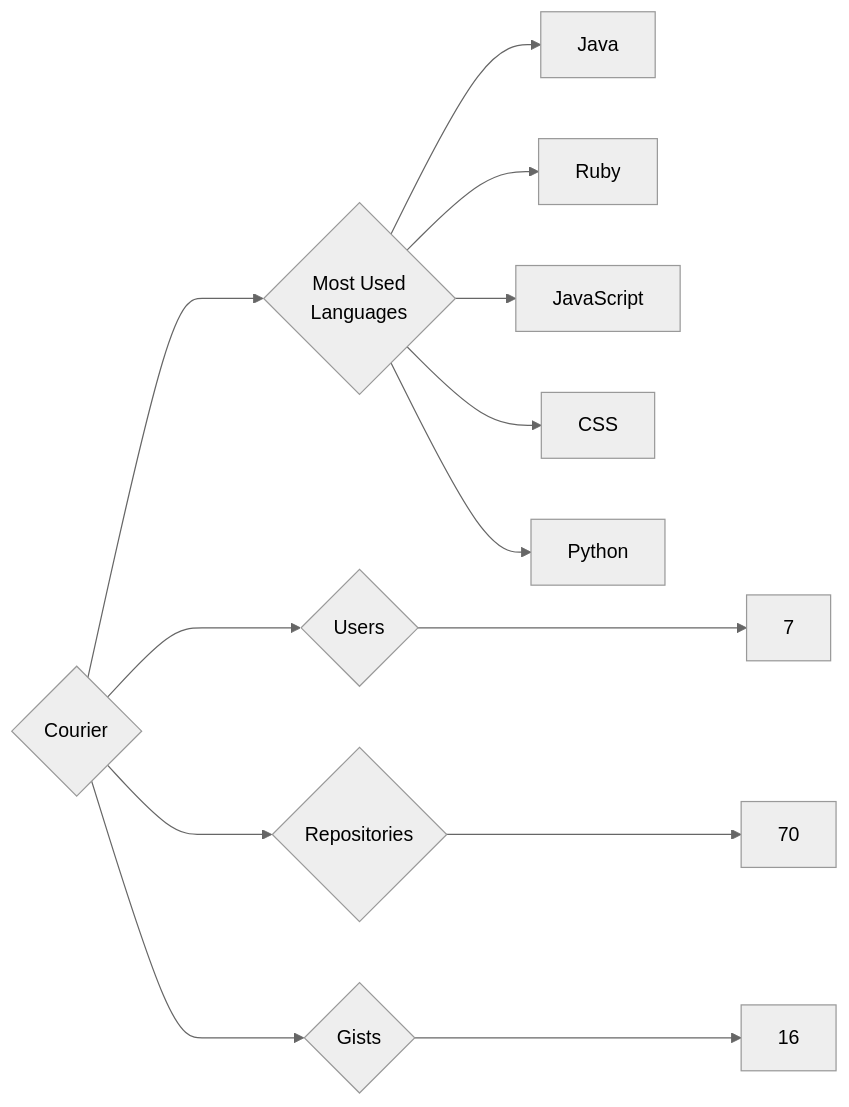
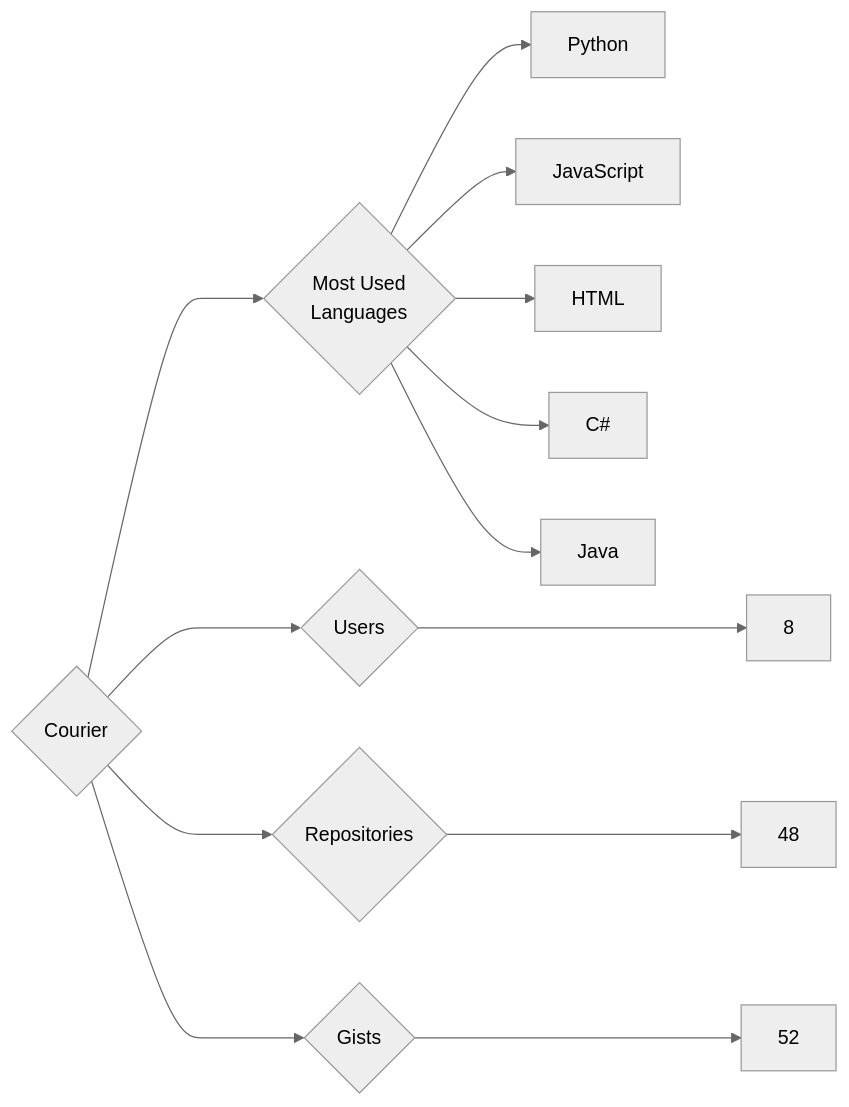
Before and after one commit to trickest/insiders: the diagram in targets/Courier/README.md, drawn with Mermaid (neutral theme). The commit also changed 814 other files, not shown here.

````diff
--- a/targets/Courier/README.md
+++ b/targets/Courier/README.md
@@ -3,13 +3,13 @@
 ```mermaid
 graph LR
 COMPANY_NAME{Courier}
-COMPANY_NAME ---> U{Users} ---> UN[7]
-COMPANY_NAME ---> R{Repositories} ---> RN[70]
-COMPANY_NAME ---> G{Gists} ---> GN[16]
+COMPANY_NAME ---> U{Users} ---> UN[8]
+COMPANY_NAME ---> R{Repositories} ---> RN[48]
+COMPANY_NAME ---> G{Gists} ---> GN[52]
 COMPANY_NAME ---> ML{Most Used<br>Languages}
+ML --> Python[Python]
+ML --> JavaScript[JavaScript]
+ML --> HTML[HTML]
+ML --> C#[C#]
 ML --> Java[Java]
-ML --> Ruby[Ruby]
-ML --> JavaScript[JavaScript]
-ML --> CSS[CSS]
-ML --> Python[Python]
 ```
````
